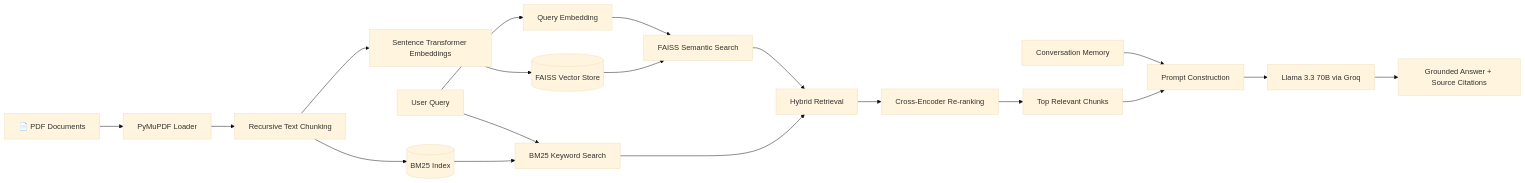
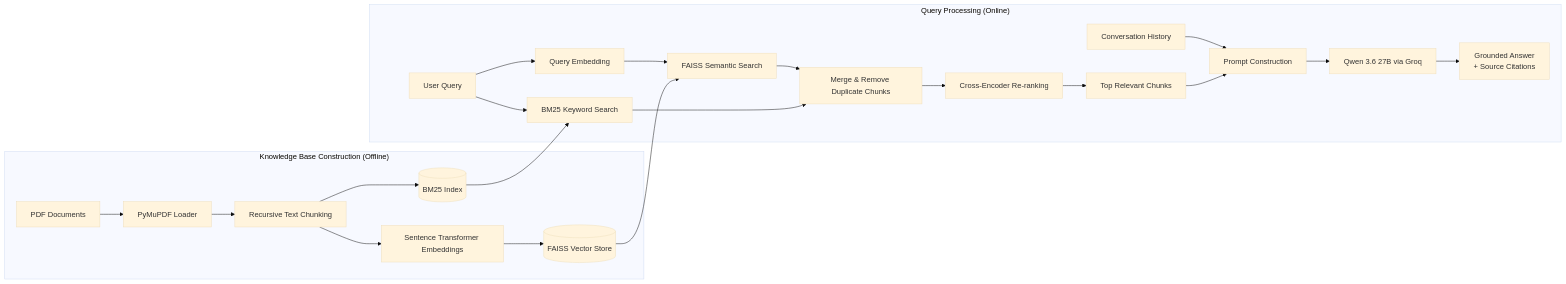
The diagram in README.md (gr-hemanth/srm-academic-rag-assistant), drawn with Mermaid (base theme) before and after one commit. The commit also changed other lines of this file, not shown here.

Commit message:
Revise README.md for architecture and setup instructions
Updated system architecture and evaluation sections in README.md. Changed LLM version from Llama 3.3 70B to Qwen 3.6 27B and added instructions for building the knowledge base before running the application.

````diff
--- a/README.md
+++ b/README.md
@@ -41,39 +41,67 @@
 ```mermaid
 flowchart LR
 
-A[📄 PDF Documents] --> B[PyMuPDF Loader]
+%% -------------------------------
+%% Knowledge Base Construction
+%% -------------------------------
 
-B --> C[Recursive Text Chunking]
+subgraph KB["Knowledge Base Construction (Offline)"]
 
-C --> D[Sentence Transformer Embeddings]
+A[PDF Documents]
+B[PyMuPDF Loader]
+C[Recursive Text Chunking]
+D[Sentence Transformer Embeddings]
+E[(FAISS Vector Store)]
+F[(BM25 Index)]
 
-D --> E[(FAISS Vector Store)]
+A --> B
+B --> C
+C --> D
+D --> E
+C --> F
 
-C --> BM[(BM25 Index)]
+end
 
-Q[User Query] --> F[Query Embedding]
+%% -------------------------------
+%% Query Processing
+%% -------------------------------
 
-F --> G[FAISS Semantic Search]
+subgraph QP["Query Processing (Online)"]
 
-Q --> H[BM25 Keyword Search]
+Q[User Query]
+QE[Query Embedding]
+FS[FAISS Semantic Search]
+BS[BM25 Keyword Search]
+M[Merge & Remove Duplicate Chunks]
+R[Cross-Encoder Re-ranking]
+K[Top Relevant Chunks]
+H[Conversation History]
+P[Prompt Construction]
+L[Qwen 3.6 27B via Groq]
+O[Grounded Answer<br/>+ Source Citations]
 
-E --> G
+Q --> QE
+QE --> FS
+Q --> BS
 
-BM --> H
+FS --> M
+BS --> M
 
-G --> I[Hybrid Retrieval]
+M --> R
+R --> K
 
-H --> I
+H --> P
+K --> P
 
-I --> J[Cross-Encoder Re-ranking]
+P --> L
+L --> O
 
-J --> K[Top Relevant Chunks]
+end
 
-M[Conversation Memory] --> L
+%% -------------------------------
+%% Connections
+%% -------------------------------
 
-K --> L[Prompt Construction]
-
-L --> N[Llama 3.3 70B via Groq]
-
-N --> O[Grounded Answer + Source Citations]
+E --> FS
+F --> BS
 ```
````
